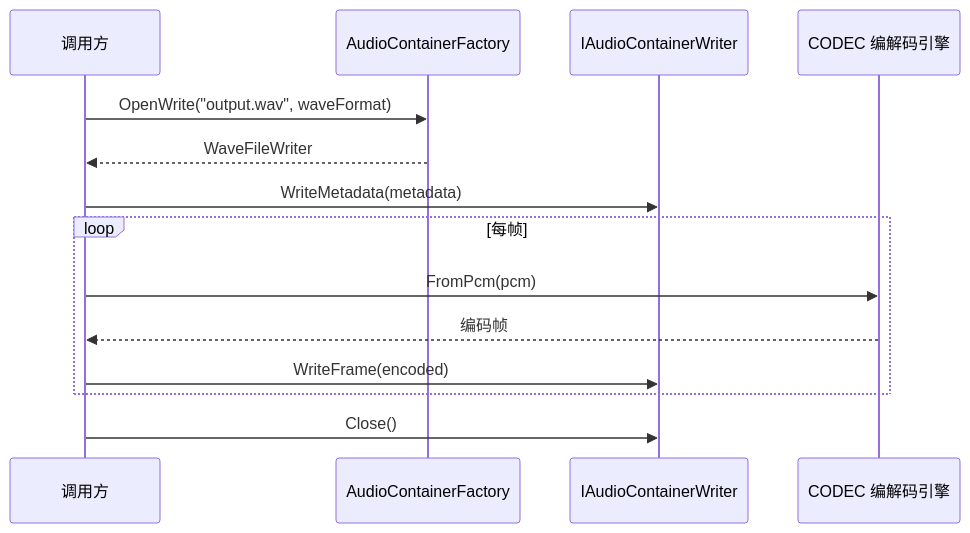
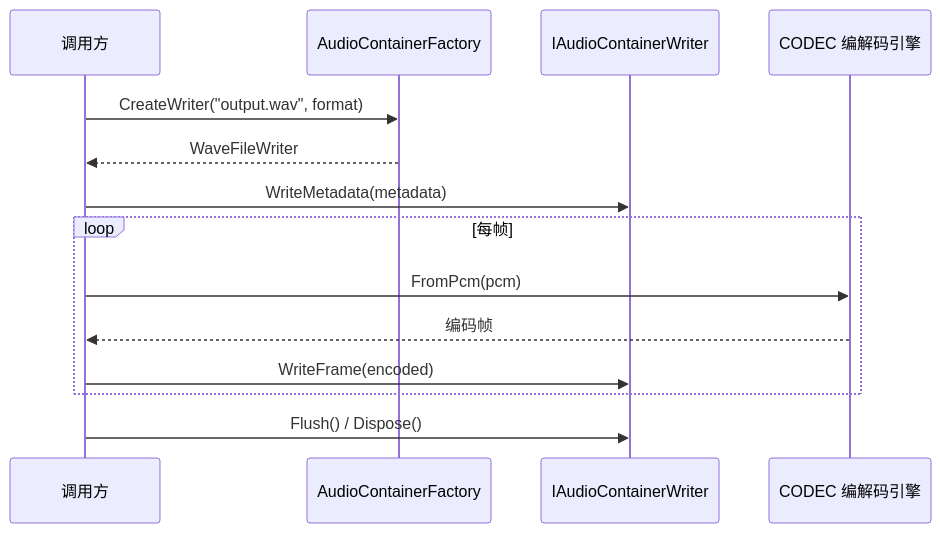
The second of 3 diagrams in Doc/CONT-容器格式.md (NewLifeX/NewLife.Audio), drawn with Mermaid before and after one commit. The commit also changed other lines of this file and 13 other files, not shown here.

````diff
--- a/Doc/CONT-容器格式.md
+++ b/Doc/CONT-容器格式.md
@@ -62,16 +66,16 @@
 ```mermaid
 sequenceDiagram
     participant App as 调用方
     participant Factory as AudioContainerFactory
     participant Writer as IAudioContainerWriter
     participant Codec as CODEC 编解码引擎
-    App->>Factory: OpenWrite("output.wav", waveFormat)
+    App->>Factory: CreateWriter("output.wav", format)
     Factory-->>App: WaveFileWriter
     App->>Writer: WriteMetadata(metadata)
     loop 每帧
         App->>Codec: FromPcm(pcm)
         Codec-->>App: 编码帧
         App->>Writer: WriteFrame(encoded)
     end
-    App->>Writer: Close()
+    App->>Writer: Flush() / Dispose()
 ```
````
